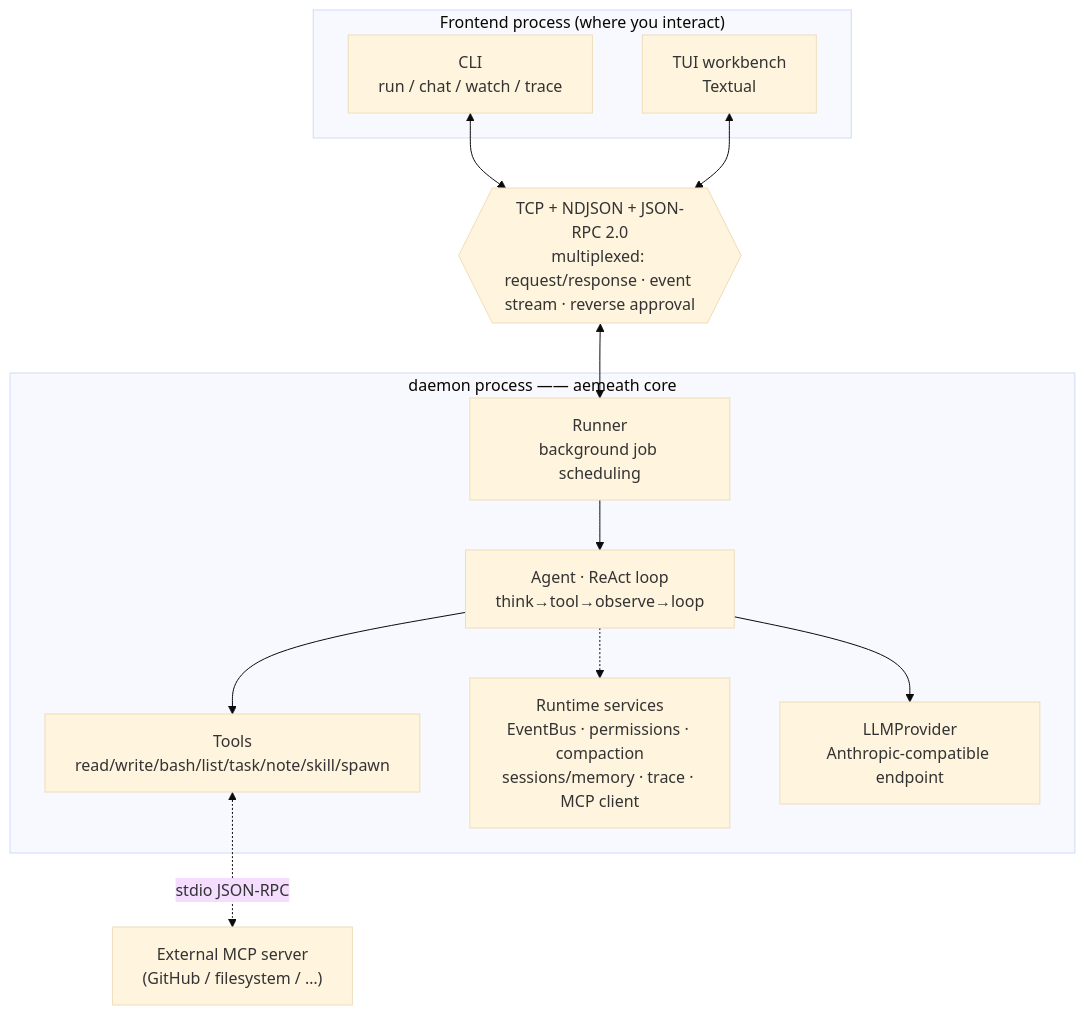
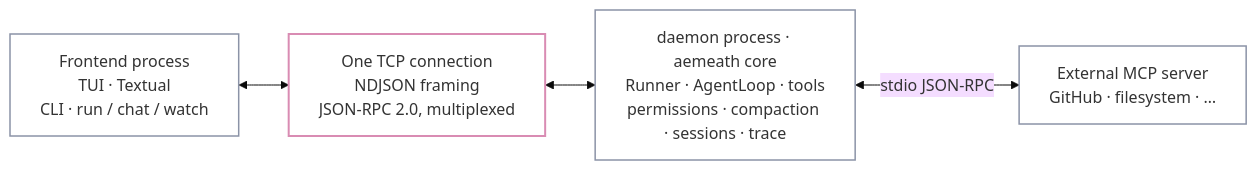
One commit to Nijikasuki/AemeathCode changed the first of 2 diagrams in README_EN.md. Above: the diagram before and after it, drawn with Mermaid (base theme). The commit also changed other lines of this file and 4 other files, not shown here.

````diff
--- a/README_EN.md
+++ b/README_EN.md
@@ -149,28 +171,16 @@
 ```mermaid
-flowchart TB
-    subgraph FE["Frontend process (where you interact)"]
-        CLI["CLI<br/>run / chat / watch / trace"]
-        TUI["TUI workbench<br/>Textual"]
-    end
+flowchart LR
+    FE["Frontend process<br/>TUI · Textual<br/>CLI · run / chat / watch"]
+    LINK["One TCP connection<br/>NDJSON framing<br/>JSON-RPC 2.0, multiplexed"]
+    BE["daemon process · aemeath core<br/>Runner · AgentLoop · tools<br/>permissions · compaction · sessions · trace"]
+    MCPS["External MCP server<br/>GitHub · filesystem · …"]
 
-    LINK{{"TCP + NDJSON + JSON-RPC 2.0<br/>multiplexed: request/response · event stream · reverse approval"}}
+    FE <--> LINK
+    LINK <--> BE
+    BE <-->|"stdio JSON-RPC"| MCPS
 
-    subgraph BE["daemon process —— aemeath core"]
-        RUNNER["Runner<br/>background job scheduling"]
-        LOOP["Agent · ReAct loop<br/>think→tool→observe→loop"]
-        TOOLS["Tools<br/>read/write/bash/list/task/note/skill/spawn"]
-        SVC["Runtime services<br/>EventBus · permissions · compaction<br/>sessions/memory · trace · MCP client"]
-        PROV["LLMProvider<br/>Anthropic-compatible endpoint"]
-    end
-
-    MCP["External MCP server<br/>(GitHub / filesystem / …)"]
-
-    CLI <--> LINK
-    TUI <--> LINK
-    LINK <--> RUNNER
-    RUNNER --> LOOP
-    LOOP --> TOOLS
-    LOOP --> PROV
-    LOOP -.-> SVC
-    TOOLS <-.stdio JSON-RPC.-> MCP
+    classDef box fill:none,stroke:#8b93a7,stroke-width:1.5px
+    classDef wire fill:none,stroke:#d98cb3,stroke-width:2px
+    class FE,BE,MCPS box
+    class LINK wire
 ```
````
